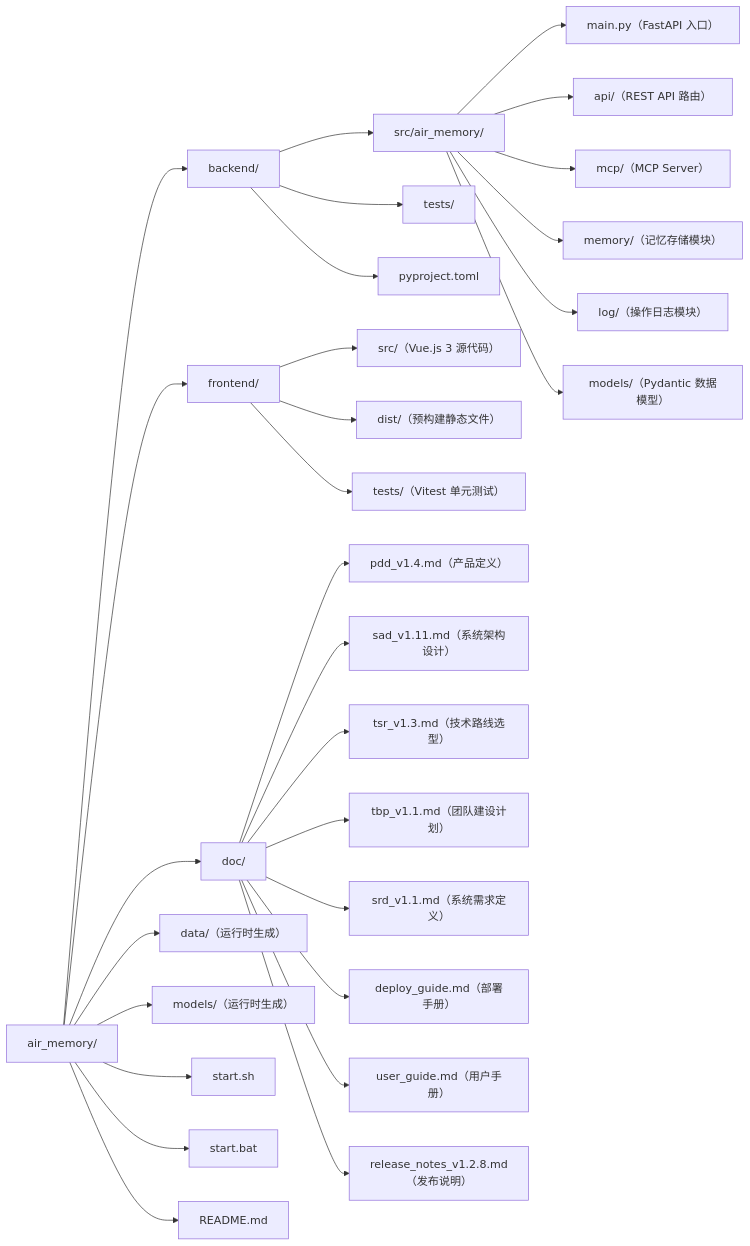
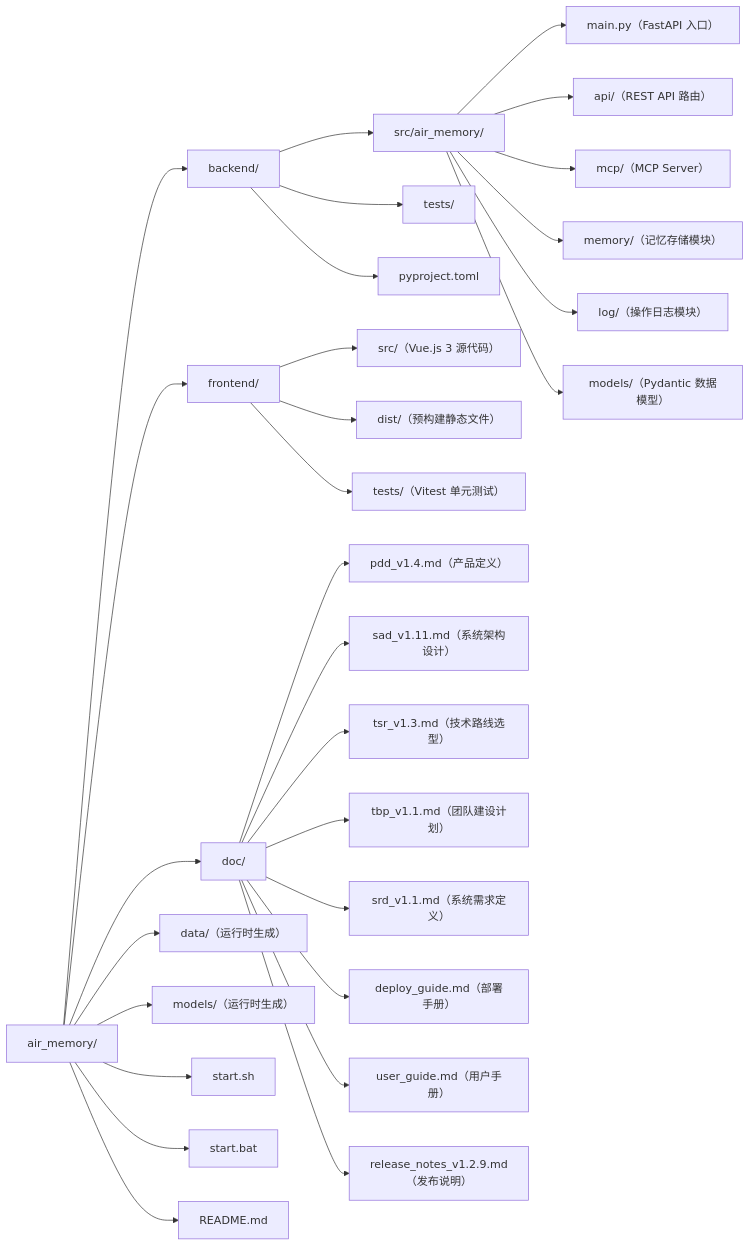
One commit to SevenLv/air_memory changed the diagram in README.md. Above: the diagram before and after it, drawn with Mermaid. The commit also changed other lines of this file and 9 other files, not shown here.

````diff
--- a/README.md
+++ b/README.md
@@ -50,37 +50,37 @@
 ```mermaid
 graph LR
     ROOT["air_memory/"]
 
     ROOT --> BACKEND["backend/"]
     ROOT --> FRONTEND["frontend/"]
     ROOT --> DOC["doc/"]
     ROOT --> DATA["data/（运行时生成）"]
     ROOT --> MODELS["models/（运行时生成）"]
     ROOT --> START_SH["start.sh"]
     ROOT --> START_BAT["start.bat"]
     ROOT --> README["README.md"]
 
     BACKEND --> BE_SRC["src/air_memory/"]
     BACKEND --> BE_TESTS["tests/"]
     BACKEND --> BE_PYPROJECT["pyproject.toml"]
 
     BE_SRC --> BE_MAIN["main.py（FastAPI 入口）"]
     BE_SRC --> BE_API["api/（REST API 路由）"]
     BE_SRC --> BE_MCP["mcp/（MCP Server）"]
     BE_SRC --> BE_MEM["memory/（记忆存储模块）"]
     BE_SRC --> BE_LOG["log/（操作日志模块）"]
     BE_SRC --> BE_MODELS["models/（Pydantic 数据模型）"]
 
     FRONTEND --> FE_SRC["src/（Vue.js 3 源代码）"]
     FRONTEND --> FE_DIST["dist/（预构建静态文件）"]
     FRONTEND --> FE_TESTS["tests/（Vitest 单元测试）"]
 
     DOC --> D1["pdd_v1.4.md（产品定义）"]
     DOC --> D2["sad_v1.11.md（系统架构设计）"]
     DOC --> D3["tsr_v1.3.md（技术路线选型）"]
     DOC --> D4["tbp_v1.1.md（团队建设计划）"]
     DOC --> D5["srd_v1.1.md（系统需求定义）"]
     DOC --> D6["deploy_guide.md（部署手册）"]
     DOC --> D7["user_guide.md（用户手册）"]
-    DOC --> D8["release_notes_v1.2.8.md（发布说明）"]
+    DOC --> D8["release_notes_v1.2.9.md（发布说明）"]
 ```
````
